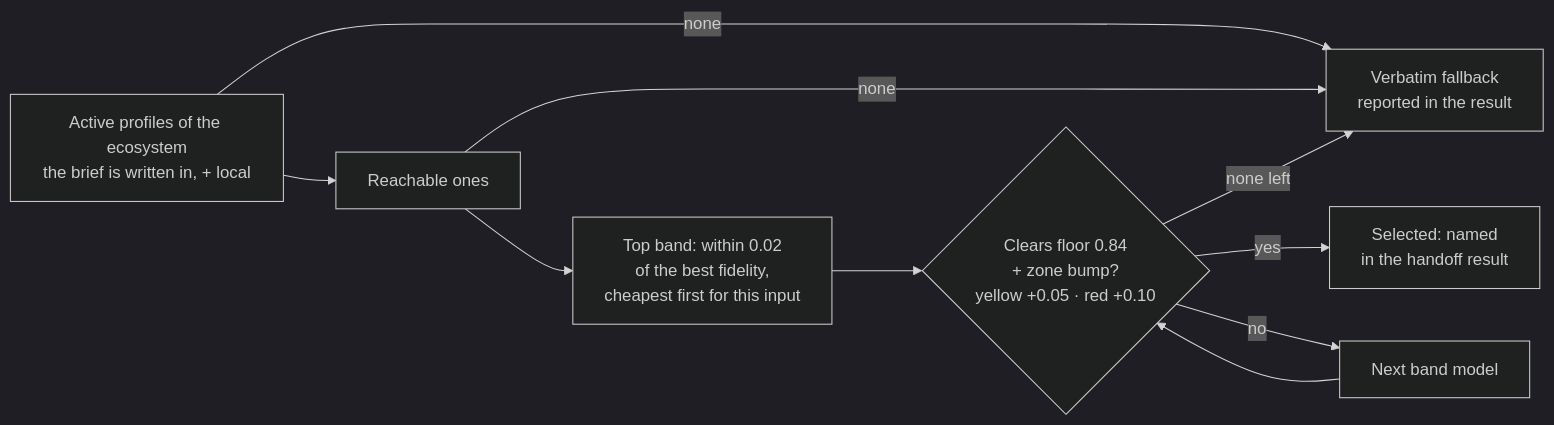
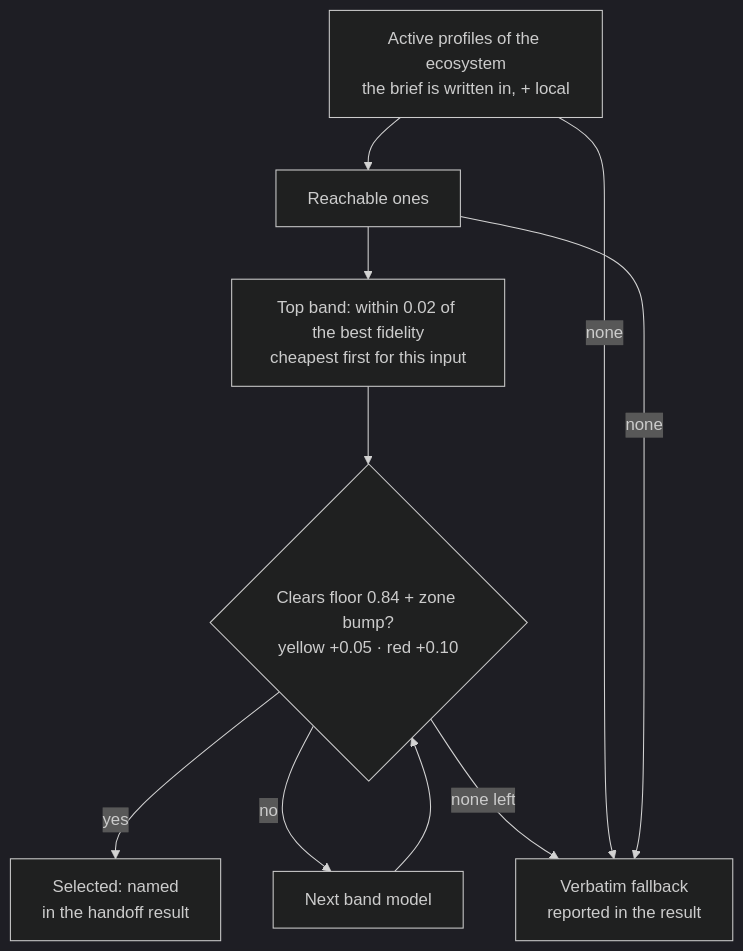
The seventh of 8 diagrams in README.md (CheswickDEV/cairn), drawn with Mermaid (dark theme) before and after one commit. The commit also changed other lines of this file, not shown here.

First line of the commit message:
docs(readme): diagram corrections from two independent reviews

````diff
--- a/README.md
+++ b/README.md
@@ -333,12 +330,12 @@
 ```mermaid
-flowchart LR
+flowchart TB
     eco["Active profiles of the ecosystem<br/>the brief is written in, + local"] --> reach["Reachable ones"]
-    eco -->|"none"| verb["Verbatim fallback<br/>reported in the result"]
-    reach -->|"none"| verb
-    reach --> band["Top band: within 0.02<br/>of the best fidelity,<br/>cheapest first for this input"]
-    band --> clears{"Clears floor 0.84<br/>+ zone bump?<br/>yellow +0.05 · red +0.10"}
+    reach --> band["Top band: within 0.02 of the best fidelity<br/>cheapest first for this input"]
+    band --> clears{"Clears floor 0.84 + zone bump?<br/>yellow +0.05 · red +0.10"}
     clears -->|"yes"| pick["Selected: named<br/>in the handoff result"]
     clears -->|"no"| nextm["Next band model"]
     nextm --> clears
-    clears -->|"none left"| verb
+    clears -->|"none left"| verb["Verbatim fallback<br/>reported in the result"]
+    eco -->|"none"| verb
+    reach -->|"none"| verb
 ```
````
